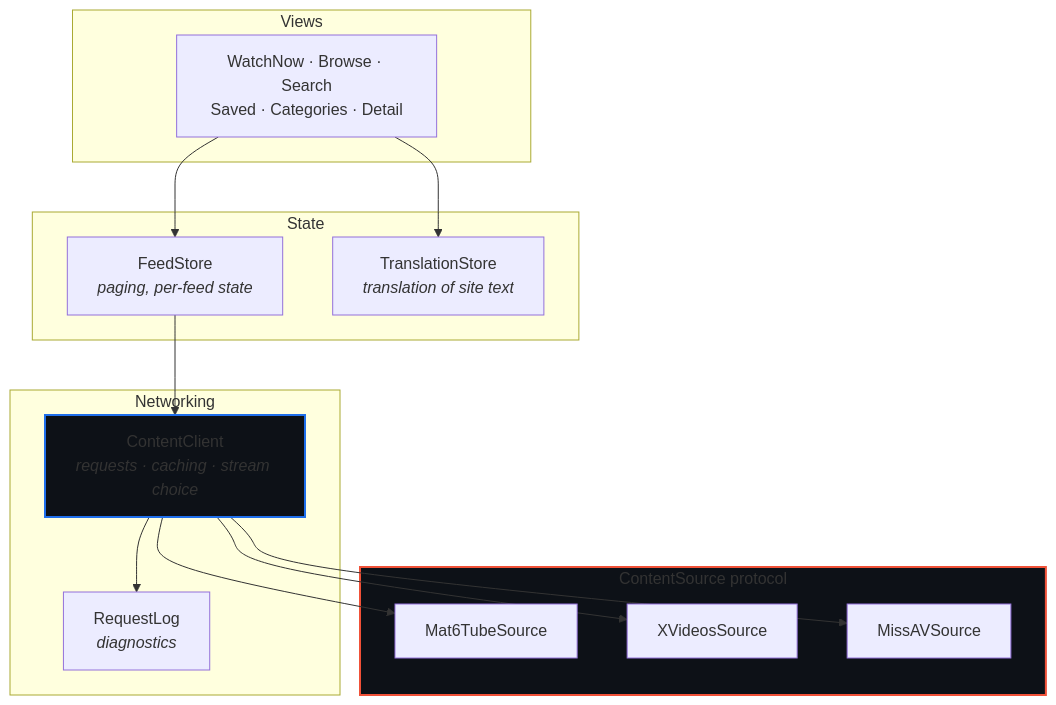
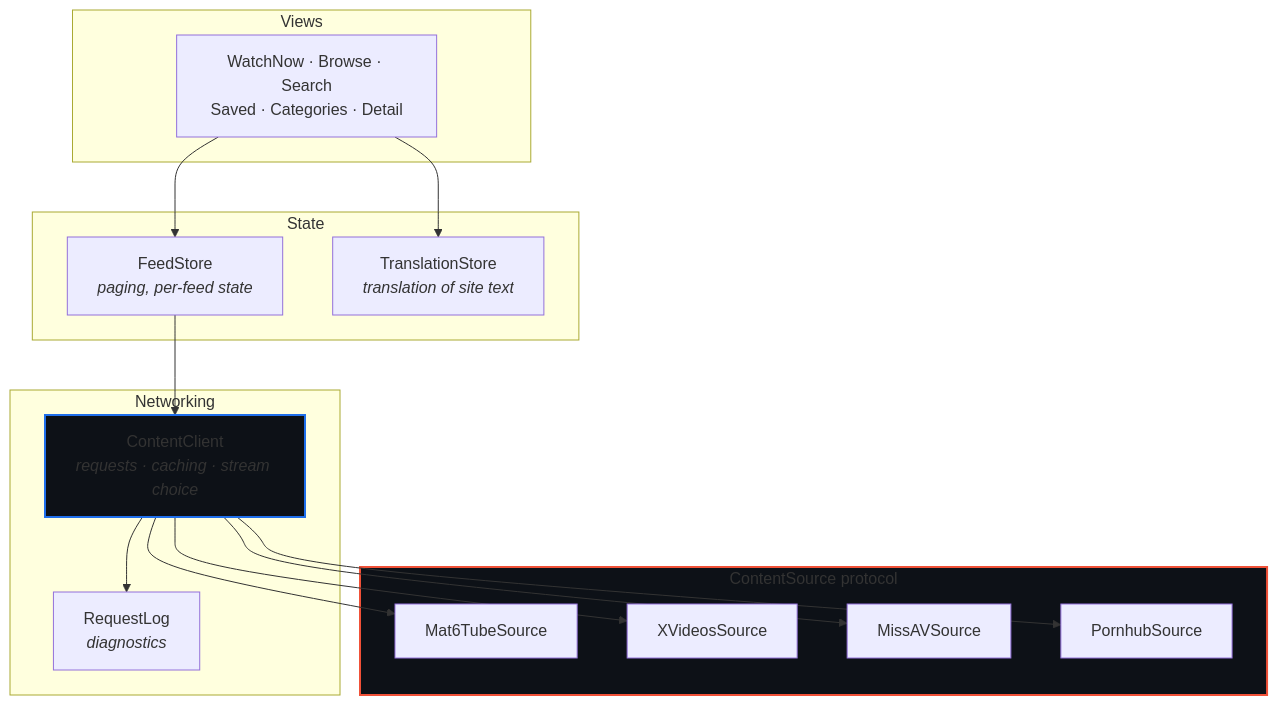
One commit to Nico8324/GetSome changed the diagram in README.md. Above: the diagram before and after it, drawn with Mermaid. The commit also changed other lines of this file and 4 other files, not shown here.

````diff
--- a/README.md
+++ b/README.md
@@ -49,28 +50,29 @@
 ```mermaid
 flowchart TD
     subgraph ui [Views]
         A["WatchNow · Browse · Search<br/>Saved · Categories · Detail"]
     end
     subgraph state [State]
         B["FeedStore<br/><i>paging, per-feed state</i>"]
         T["TranslationStore<br/><i>translation of site text</i>"]
     end
     subgraph net [Networking]
         C["ContentClient<br/><i>requests · caching · stream choice</i>"]
         L["RequestLog<br/><i>diagnostics</i>"]
     end
     subgraph src [ContentSource protocol]
         D[Mat6TubeSource]
         E[XVideosSource]
         F[MissAVSource]
+        G[PornhubSource]
     end
 
     A --> B
     A --> T
     B --> C
     C --> L
-    C --> D & E & F
+    C --> D & E & F & G
 
     style src fill:#0d1117,stroke:#f05138,stroke-width:2px
     style C fill:#0d1117,stroke:#1f6feb,stroke-width:2px
 ```
````
